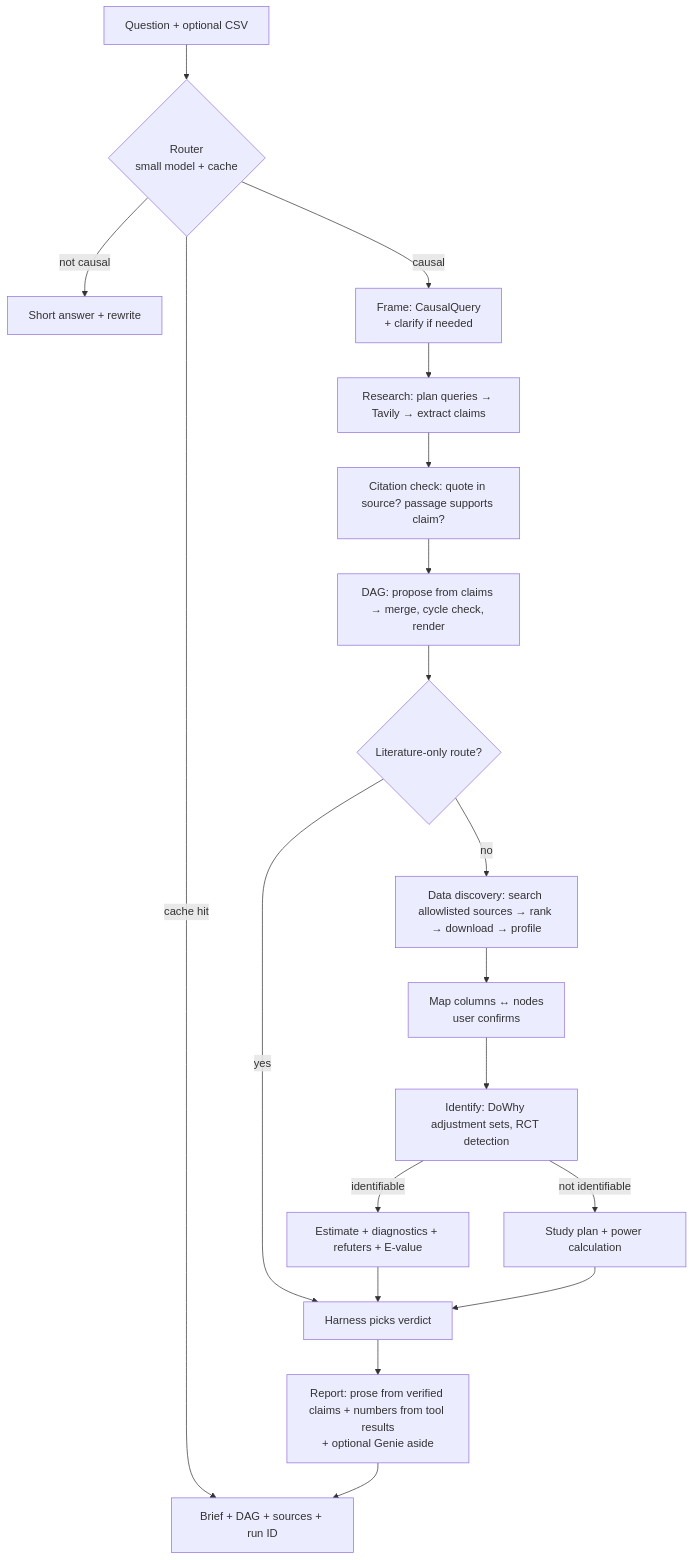
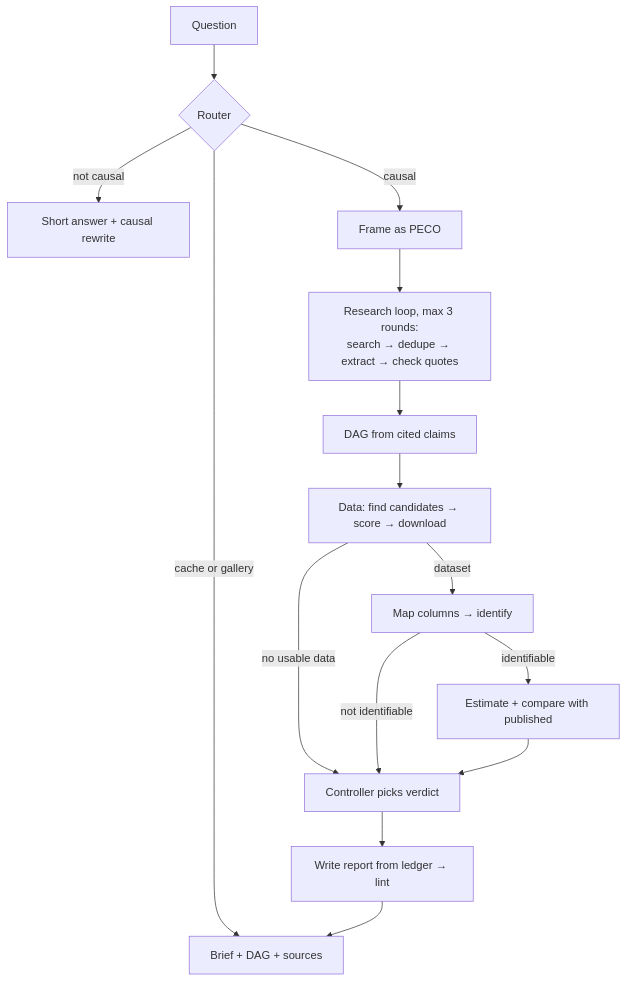
Before and after one commit to BrachyS/causal-genie: the diagram in PRD.md, drawn with Mermaid. The commit also changed other lines of this file and 1 other file, not shown here.

First line of the commit message:
Slim PRD to lean MVP; ignore local-only notes

````diff
--- a/PRD.md
+++ b/PRD.md
@@ -140,21 +100,18 @@
 ```mermaid
 flowchart TD
-    Q[Question + optional CSV] --> RT{Router<br/>small model + cache}
-    RT -->|cache hit| OUT
-    RT -->|not causal| NC[Short answer + rewrite]
-    RT -->|causal| F[Frame: CausalQuery<br/>+ clarify if needed]
-    F --> R[Research: plan queries → Tavily → extract claims]
-    R --> V[Citation check: quote in source? passage supports claim?]
-    V --> G[DAG: propose from claims → merge, cycle check, render]
-    G --> DD{Literature-only route?}
-    DD -->|no| D[Data discovery: search allowlisted sources → rank → download → profile]
-    D --> M[Map columns ↔ nodes<br/>user confirms]
-    M --> I[Identify: DoWhy adjustment sets, RCT detection]
-    DD -->|yes| VD
-    I -->|identifiable| E[Estimate + diagnostics + refuters + E-value]
-    I -->|not identifiable| P[Study plan + power calculation]
-    E --> VD[Harness picks verdict]
-    P --> VD
-    VD --> W[Report: prose from verified claims + numbers from tool results<br/>+ optional Genie aside]
-    W --> OUT[Brief + DAG + sources + run ID]
+    Q[Question] --> RT{Router}
+    RT -->|cache or gallery| OUT
+    RT -->|not causal| NC[Short answer + causal rewrite]
+    RT -->|causal| F[Frame as PECO]
+
+    F --> R[Research loop, max 3 rounds:<br/>search → dedupe → extract → check quotes]
+    R --> G[DAG from cited claims]
+    G --> D[Data: find candidates → score → download]
+    D -->|no usable data| VD
+    D -->|dataset| I[Map columns → identify]
+    I -->|identifiable| E[Estimate + compare with published]
+    I -->|not identifiable| VD
+    E --> VD[Controller picks verdict]
+    VD --> W[Write report from ledger → lint]
+    W --> OUT[Brief + DAG + sources]
 ```
````
